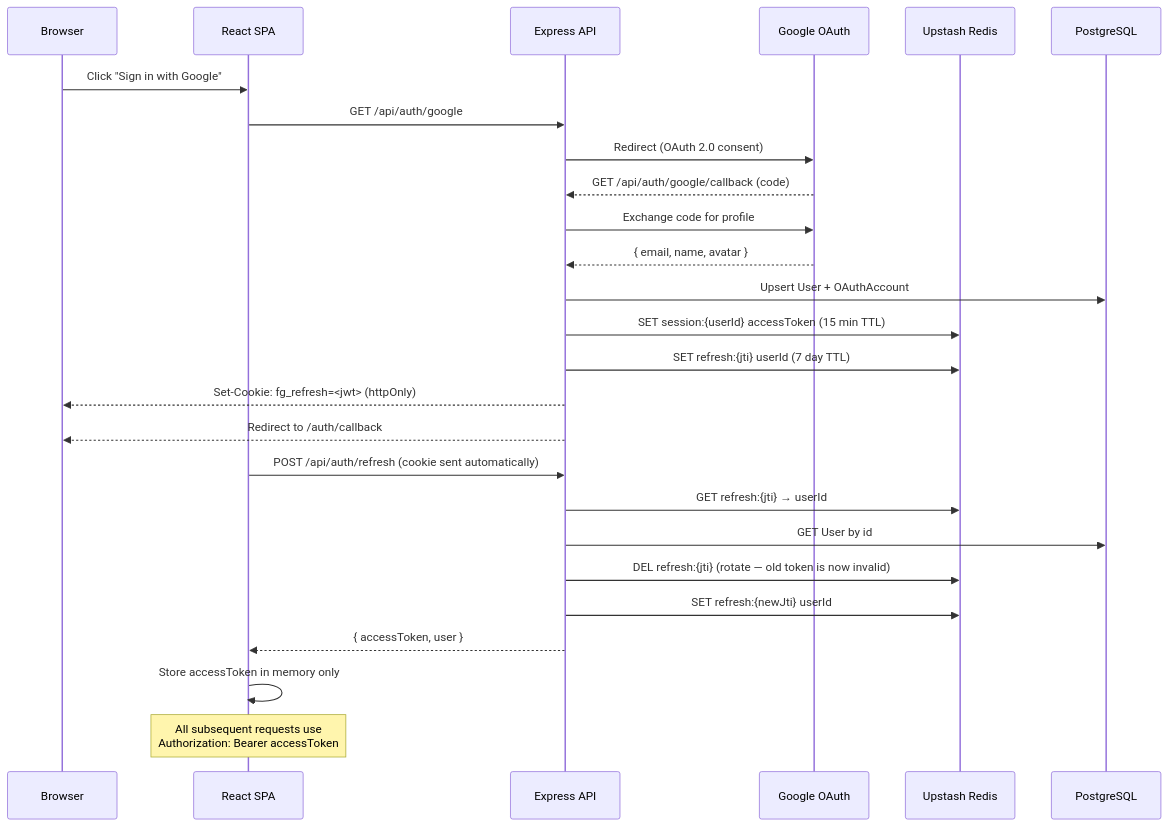
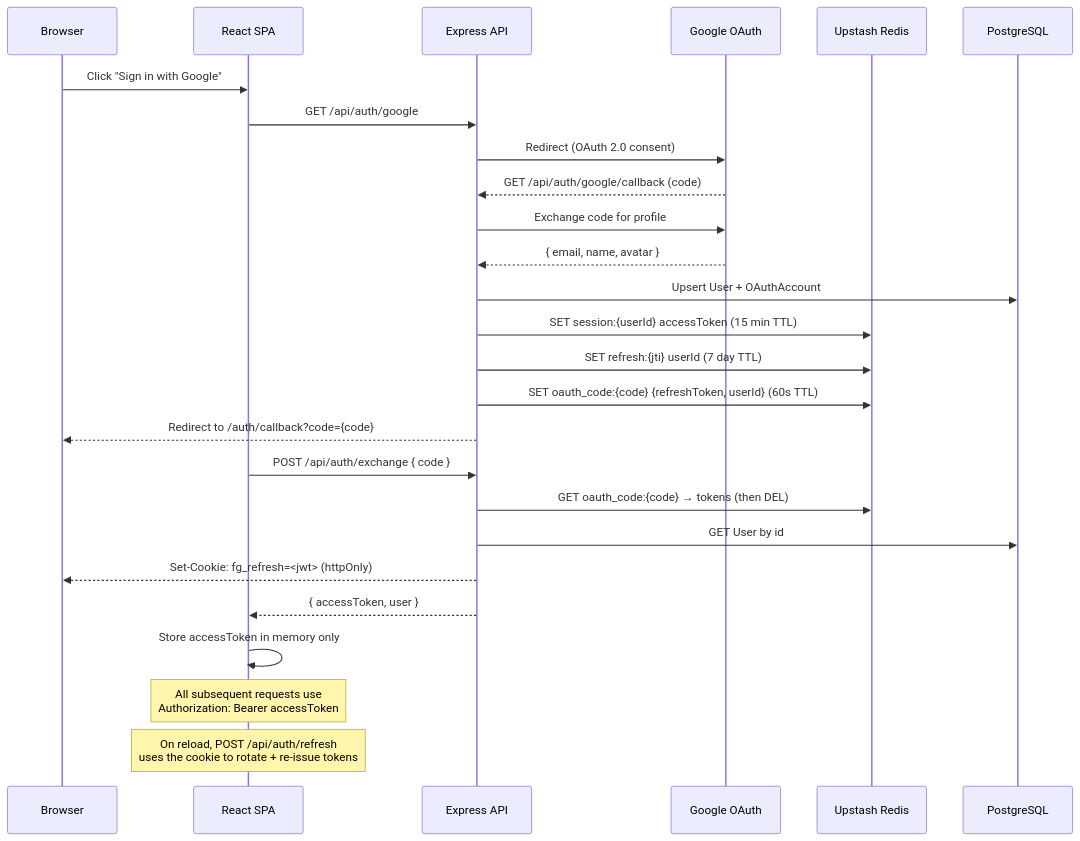
One commit to yuvrajsatyapal/FlowBoard changed the fourth of 7 diagrams in README.md. Above: the diagram before and after it, drawn with Mermaid. The commit also changed other lines of this file, not shown here.

Commit message:
docs: update README for code-exchange auth and Vercel+Render deployment

````diff
--- a/README.md
+++ b/README.md
@@ -659,29 +659,29 @@
 ```mermaid
 sequenceDiagram
     participant Browser
     participant SPA as React SPA
     participant API as Express API
     participant Google as Google OAuth
     participant Redis as Upstash Redis
     participant DB as PostgreSQL
 
     Browser->>SPA: Click "Sign in with Google"
     SPA->>API: GET /api/auth/google
     API->>Google: Redirect (OAuth 2.0 consent)
     Google-->>API: GET /api/auth/google/callback (code)
     API->>Google: Exchange code for profile
     Google-->>API: { email, name, avatar }
     API->>DB: Upsert User + OAuthAccount
     API->>Redis: SET session:{userId} accessToken (15 min TTL)
     API->>Redis: SET refresh:{jti} userId (7 day TTL)
+    API->>Redis: SET oauth_code:{code} {refreshToken, userId} (60s TTL)
+    API-->>Browser: Redirect to /auth/callback?code={code}
+    SPA->>API: POST /api/auth/exchange { code }
+    API->>Redis: GET oauth_code:{code} → tokens (then DEL)
+    API->>DB: GET User by id
     API-->>Browser: Set-Cookie: fg_refresh=<jwt> (httpOnly)
-    API-->>Browser: Redirect to /auth/callback
-    SPA->>API: POST /api/auth/refresh (cookie sent automatically)
-    API->>Redis: GET refresh:{jti} → userId
-    API->>DB: GET User by id
-    API->>Redis: DEL refresh:{jti} (rotate — old token is now invalid)
-    API->>Redis: SET refresh:{newJti} userId
     API-->>SPA: { accessToken, user }
     SPA->>SPA: Store accessToken in memory only
     Note over SPA: All subsequent requests use<br/>Authorization: Bearer accessToken
+    Note over SPA: On reload, POST /api/auth/refresh<br/>uses the cookie to rotate + re-issue tokens
 ```
````
